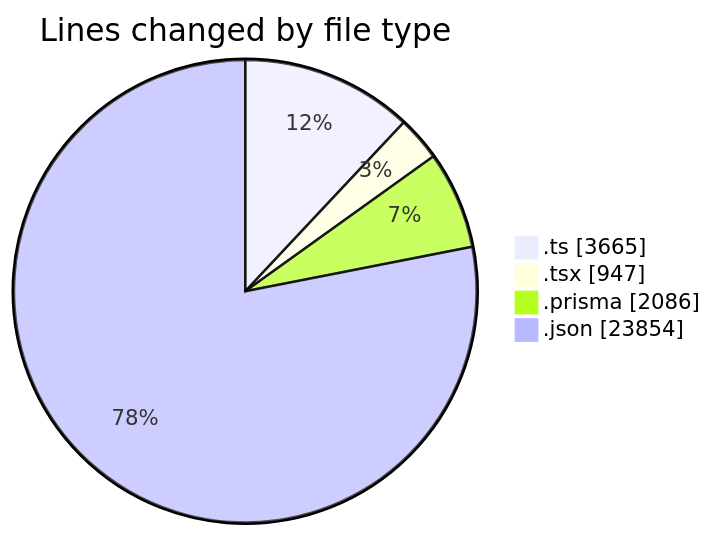
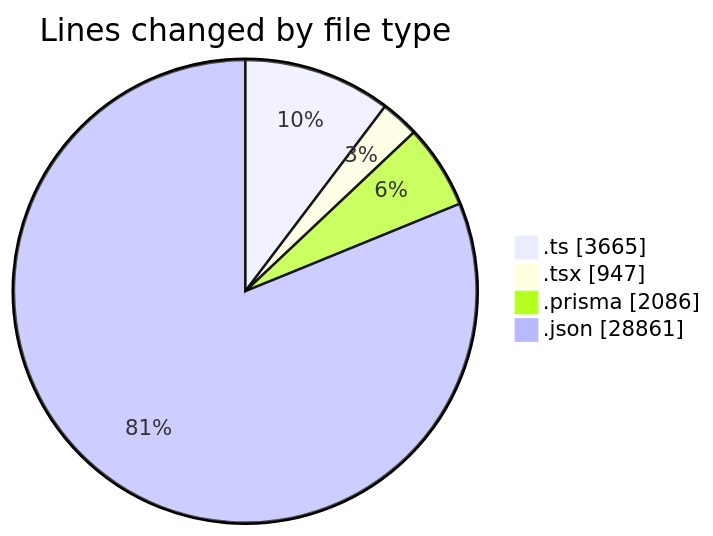
Before and after one commit to CELIANVF/code-tracking: the first of 2 diagrams in 2025-05-19/ecodeli-1/README.md, drawn with Mermaid. The commit also changed other lines of this file and 1 other file, not shown here.

````diff
--- a/2025-05-19/ecodeli-1/README.md
+++ b/2025-05-19/ecodeli-1/README.md
@@ -32,8 +32,8 @@
 ```mermaid
 pie showData
 title Lines changed by file type
 ".ts" : 3665
 ".tsx" : 947
 ".prisma" : 2086
-".json" : 23854
+".json" : 28861
 ```
````
